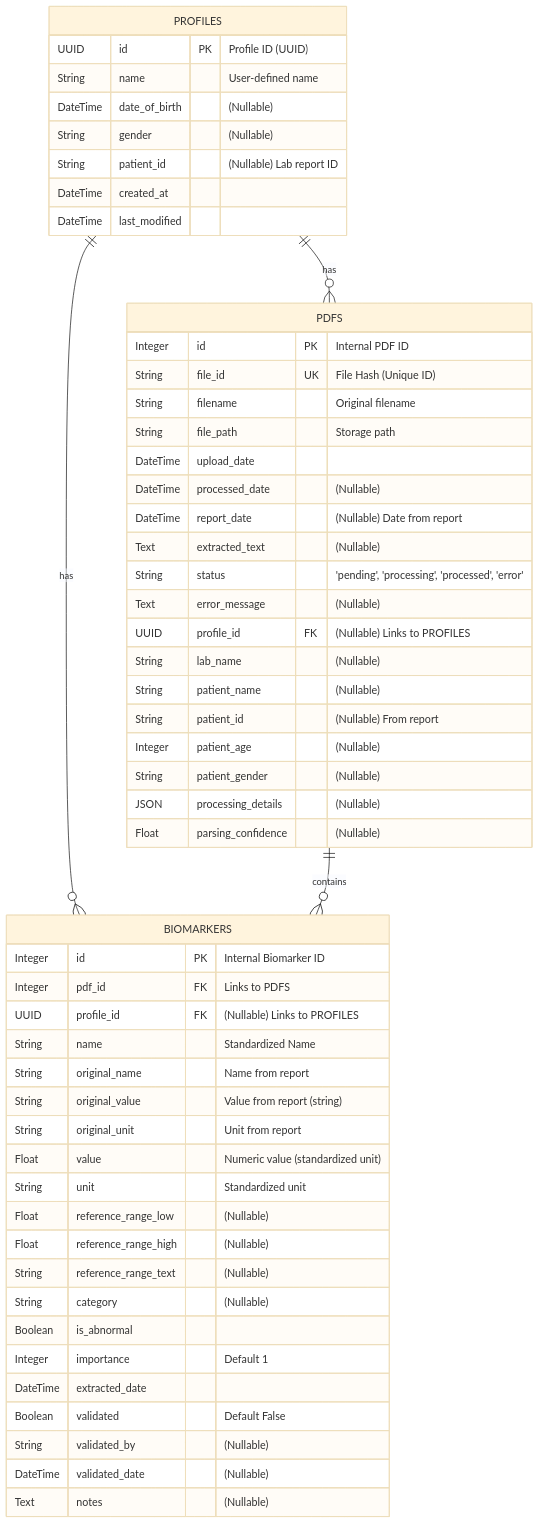
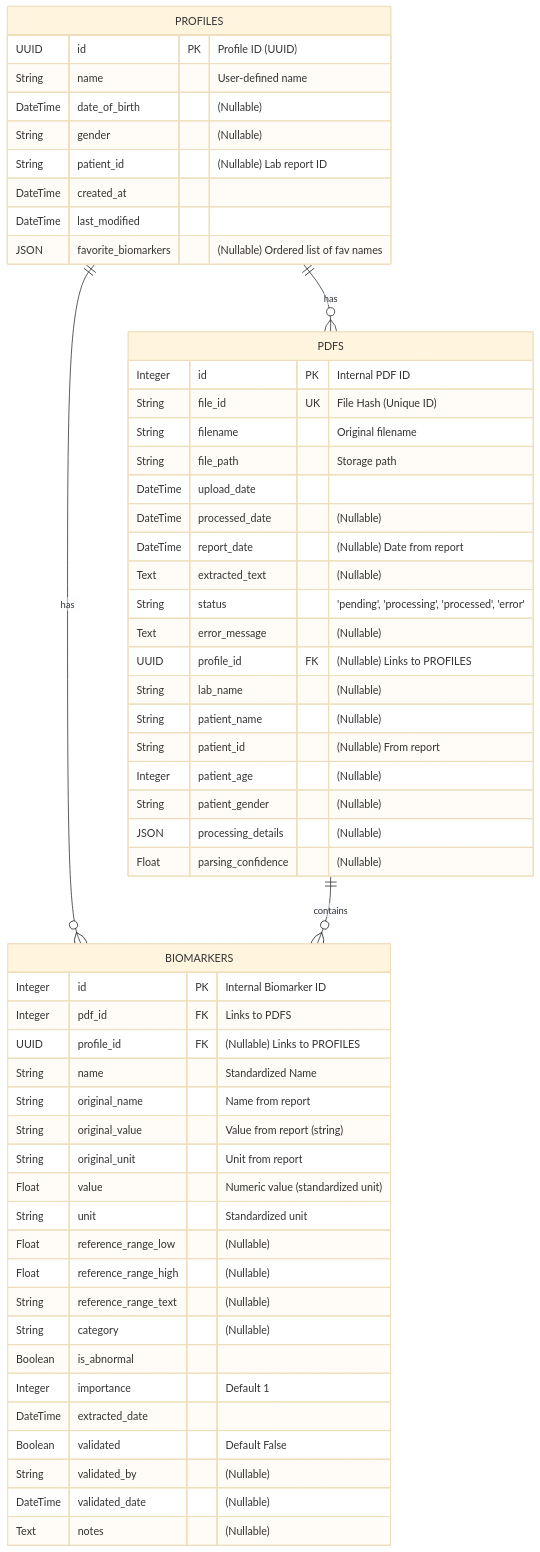
One commit to aman-ankur/vein-diagram changed the diagram in memory-bank/database_schema.md. Above: the diagram before and after it, drawn with Mermaid (base theme). The commit also changed other lines of this file and 5 other files, not shown here.

First line of the commit message:
feat: Enhance profile management and favorite biomarkers functionality

````diff
--- a/memory-bank/database_schema.md
+++ b/memory-bank/database_schema.md
@@ -7,76 +7,77 @@
 ```mermaid
 erDiagram
     PROFILES ||--o{ PDFS : "has"
     PROFILES ||--o{ BIOMARKERS : "has"
     PDFS ||--o{ BIOMARKERS : "contains"
 
     PROFILES {
         UUID id PK "Profile ID (UUID)"
         String name "User-defined name"
         DateTime date_of_birth "(Nullable)"
         String gender "(Nullable)"
         String patient_id "(Nullable) Lab report ID"
         DateTime created_at
         DateTime last_modified
+        JSON favorite_biomarkers "(Nullable) Ordered list of fav names"
     }
 
     PDFS {
         Integer id PK "Internal PDF ID"
         String file_id UK "File Hash (Unique ID)"
         String filename "Original filename"
         String file_path "Storage path"
         DateTime upload_date
         DateTime processed_date "(Nullable)"
         DateTime report_date "(Nullable) Date from report"
         Text extracted_text "(Nullable)"
         String status "'pending', 'processing', 'processed', 'error'"
         Text error_message "(Nullable)"
         UUID profile_id FK "(Nullable) Links to PROFILES"
         String lab_name "(Nullable)"
         String patient_name "(Nullable)"
         String patient_id "(Nullable) From report"
         Integer patient_age "(Nullable)"
         String patient_gender "(Nullable)"
         JSON processing_details "(Nullable)"
         Float parsing_confidence "(Nullable)"
     }
 
     BIOMARKERS {
         Integer id PK "Internal Biomarker ID"
         Integer pdf_id FK "Links to PDFS"
         UUID profile_id FK "(Nullable) Links to PROFILES"
         String name "Standardized Name"
         String original_name "Name from report"
         String original_value "Value from report (string)"
         String original_unit "Unit from report"
         Float value "Numeric value (standardized unit)"
         String unit "Standardized unit"
         Float reference_range_low "(Nullable)"
         Float reference_range_high "(Nullable)"
         String reference_range_text "(Nullable)"
         String category "(Nullable)"
         Boolean is_abnormal
         Integer importance "Default 1"
         DateTime extracted_date
         Boolean validated "Default False"
         String validated_by "(Nullable)"
         DateTime validated_date "(Nullable)"
         Text notes "(Nullable)"
     }
 
     %% Note: biomarker_dictionary is not directly linked via FK in the main flow,
     %% but used programmatically for standardization.
     %% BIOMARKER_DICTIONARY {
     %%     Integer id PK
     %%     String standard_name UK
     %%     Text alternate_names "(JSON)"
     %%     String standard_unit
     %%     Text unit_conversions "(JSON)"
     %%     String category "(Nullable)"
     %%     Text reference_ranges "(JSON)"
     %%     Text description "(Nullable)"
     %%     DateTime created_date
     %%     DateTime updated_date
     %% }
 
 ```
````
